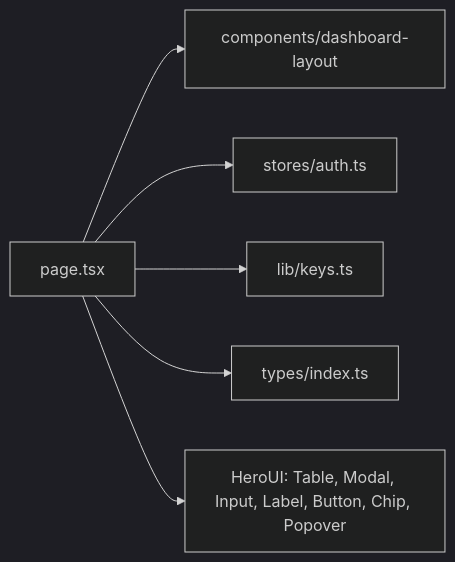
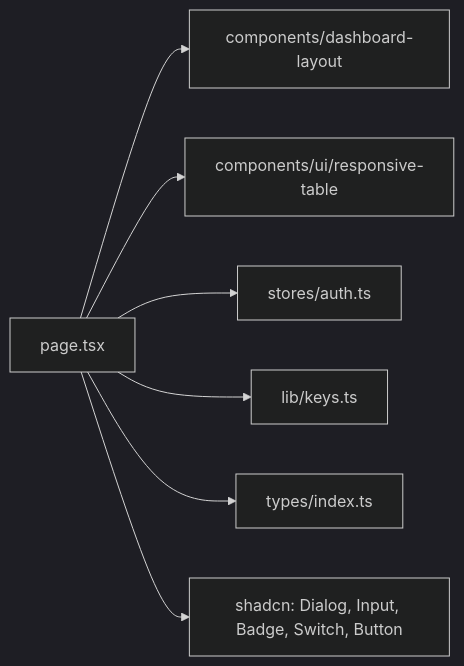
One commit to Zekiwest/sub2api-web changed the diagram in src/app/keys/_dir.md. Above: the diagram before and after it, drawn with Mermaid (dark theme). The commit also changed other lines of this file and 12 other files, not shown here.

First line of the commit message:
feat: Add mobile responsive layout and responsive table component

````diff
--- a/src/app/keys/_dir.md
+++ b/src/app/keys/_dir.md
@@ -28,8 +30,9 @@
 ```mermaid
 graph LR
     P[page.tsx] --> DL[components/dashboard-layout]
+    P --> RT[components/ui/responsive-table]
     P --> S[stores/auth.ts]
     P --> K[lib/keys.ts]
     P --> T[types/index.ts]
-    P --> H[HeroUI: Table, Modal, Input, Label, Button, Chip, Popover]
+    P --> H[shadcn: Dialog, Input, Badge, Switch, Button]
 ```
````
